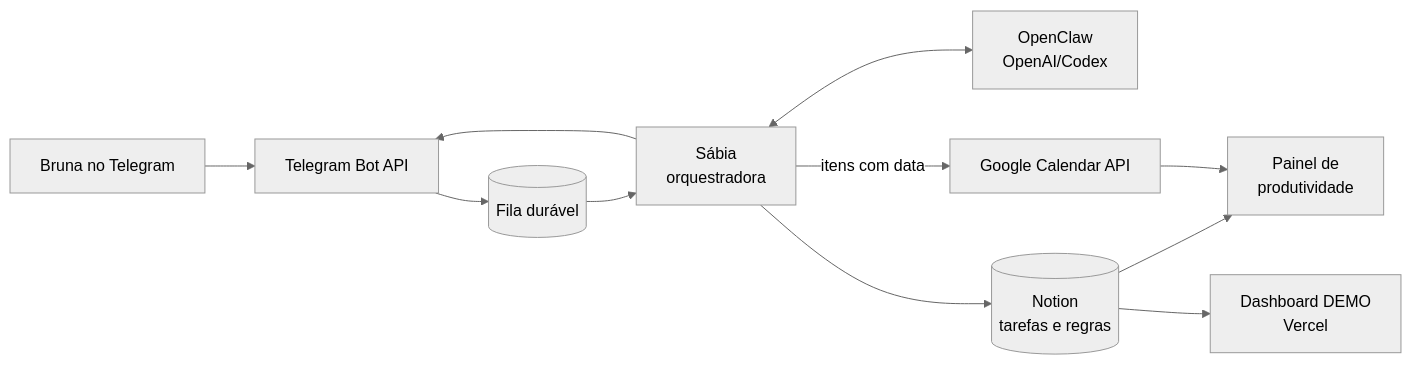
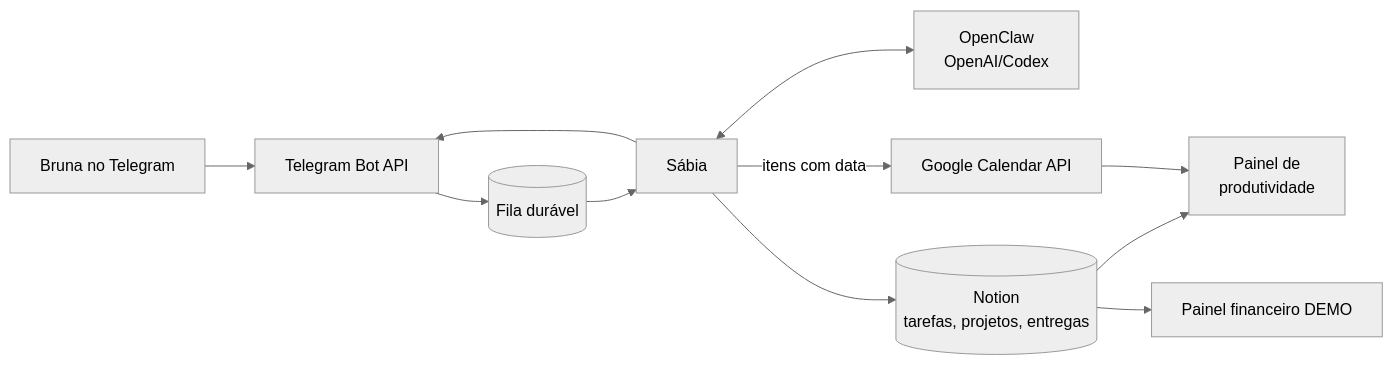
The diagram in README.md (brunarezerdev/sabia-organizacao-pessoal), drawn with Mermaid (neutral theme) before and after one commit. The commit also changed other lines of this file and 2 other files, not shown here.

Commit message:
README da entrega: Notion, agenda, caso 26/09 e mapa do enunciado

````diff
--- a/README.md
+++ b/README.md
@@ -250,13 +103,13 @@
 ```mermaid
 flowchart LR
     B[Bruna no Telegram] --> TG[Telegram Bot API]
     TG --> F[(Fila durável)]
-    F --> S[Sábia<br/>orquestradora]
+    F --> S[Sábia]
     S <--> IA[OpenClaw<br/>OpenAI/Codex]
-    S --> N[(Notion<br/>tarefas e regras)]
+    S --> N[(Notion<br/>tarefas, projetos, entregas)]
     S -->|itens com data| G[Google Calendar API]
     S --> TG
     N --> P[Painel de<br/>produtividade]
     G --> P
-    N --> D[Dashboard DEMO<br/>Vercel]
+    N --> D[Painel financeiro DEMO]
 ```
````
